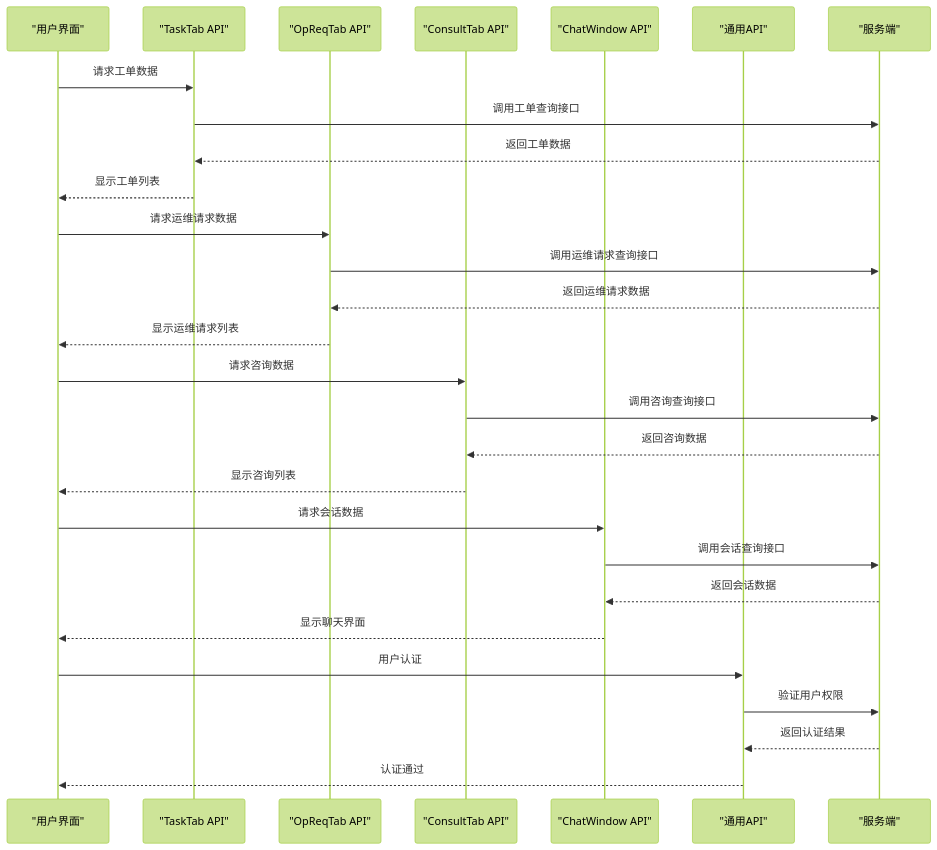
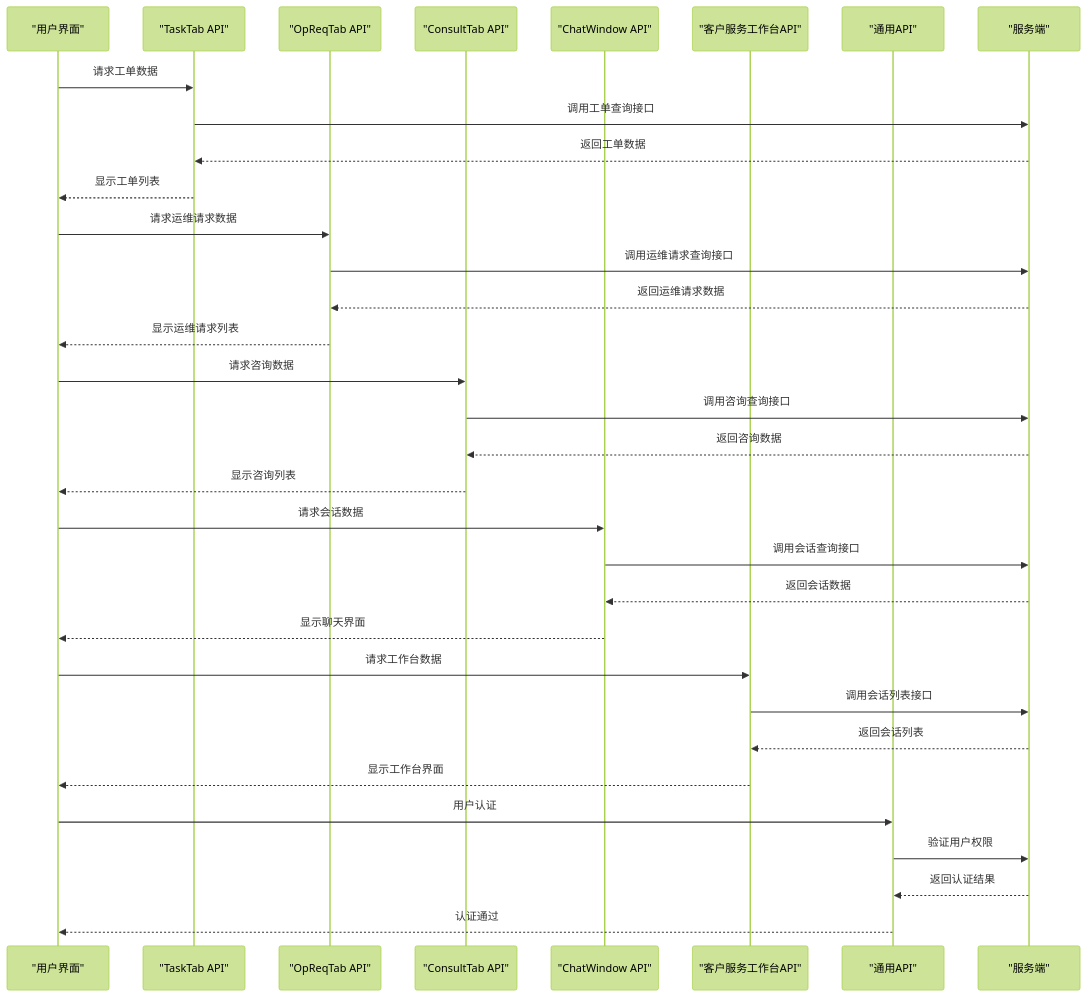
Diagram 25 of 27 in .qoder/repowiki/zh/content/核心模块/客户服务模块.md (xiaoche80s-tech/rouyi-vue-pro), drawn with Mermaid (forest theme) before and after one commit. The commit also changed other lines of this file and 534 other files, not shown here.

````diff
--- a/.qoder/repowiki/zh/content/核心模块/客户服务模块.md
+++ b/.qoder/repowiki/zh/content/核心模块/客户服务模块.md
@@ -1005,30 +1234,35 @@
 ```mermaid
 sequenceDiagram
 participant UI as "用户界面"
 participant TASK_API as "TaskTab API"
 participant OPREQ_API as "OpReqTab API"
 participant CONSULT_API as "ConsultTab API"
 participant CHAT_API as "ChatWindow API"
+participant WORKBENCH_API as "客户服务工作台API"
 participant COMMON_API as "通用API"
 participant SERVER as "服务端"
 UI->>TASK_API : 请求工单数据
 TASK_API->>SERVER : 调用工单查询接口
 SERVER-->>TASK_API : 返回工单数据
 TASK_API-->>UI : 显示工单列表
 UI->>OPREQ_API : 请求运维请求数据
 OPREQ_API->>SERVER : 调用运维请求查询接口
 SERVER-->>OPREQ_API : 返回运维请求数据
 OPREQ_API-->>UI : 显示运维请求列表
 UI->>CONSULT_API : 请求咨询数据
 CONSULT_API->>SERVER : 调用咨询查询接口
 SERVER-->>CONSULT_API : 返回咨询数据
 CONSULT_API-->>UI : 显示咨询列表
 UI->>CHAT_API : 请求会话数据
 CHAT_API->>SERVER : 调用会话查询接口
 SERVER-->>CHAT_API : 返回会话数据
 CHAT_API-->>UI : 显示聊天界面
+UI->>WORKBENCH_API : 请求工作台数据
+WORKBENCH_API->>SERVER : 调用会话列表接口
+SERVER-->>WORKBENCH_API : 返回会话列表
+WORKBENCH_API-->>UI : 显示工作台界面
 UI->>COMMON_API : 用户认证
 COMMON_API->>SERVER : 验证用户权限
 SERVER-->>COMMON_API : 返回认证结果
 COMMON_API-->>UI : 认证通过
 ```
````
